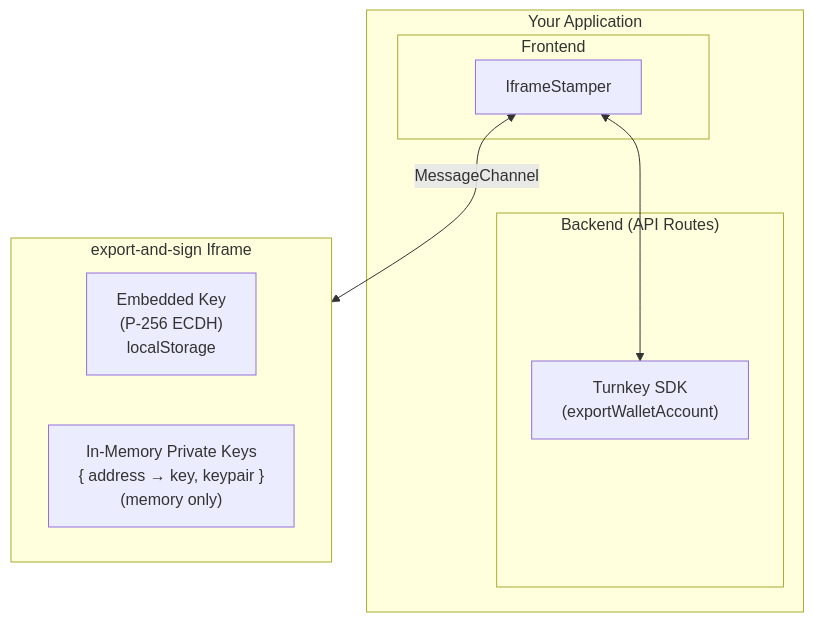
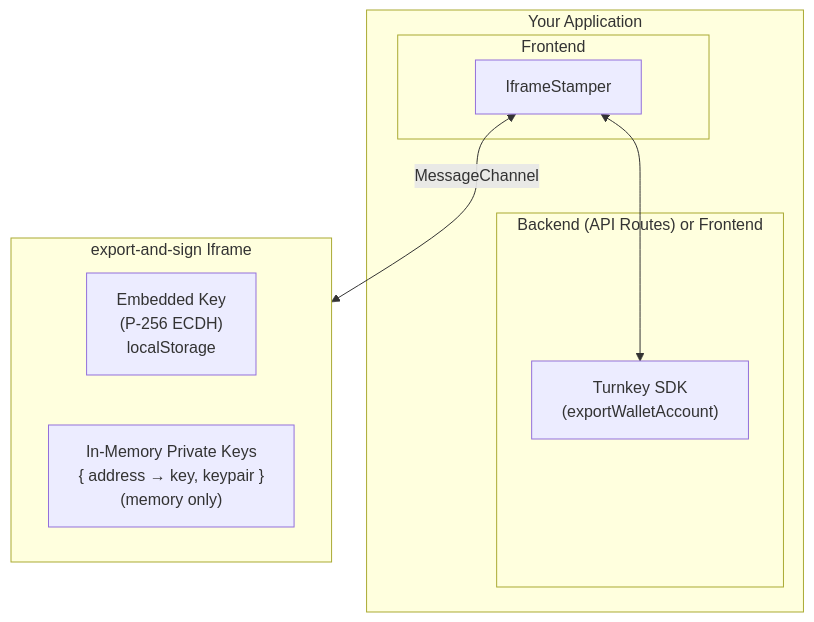
Before and after one commit to tkhq/docs: the diagram in embedded-wallets/code-examples/client-side-signing.mdx, drawn with Mermaid. The commit also changed other lines of this file, not shown here.

````diff
--- a/embedded-wallets/code-examples/client-side-signing.mdx
+++ b/embedded-wallets/code-examples/client-side-signing.mdx
@@ -18,19 +18,19 @@
 ```mermaid
 flowchart TB
     subgraph app["Your Application"]
         subgraph frontend["Frontend"]
             stamper["IframeStamper"]
         end
-        subgraph backend["Backend (API Routes)"]
+        subgraph exporter["Backend (API Routes) or Frontend"]
             sdk["Turnkey SDK<br/>(exportWalletAccount)"]
         end
         stamper <--> sdk
     end
 
     subgraph iframe["export-and-sign Iframe"]
         embedded["Embedded Key<br/>(P-256 ECDH)<br/>localStorage"]
         inmemory["In-Memory Private Keys<br/>{ address → key, keypair }<br/>(memory only)"]
     end
 
     stamper <-->|"MessageChannel"| iframe
 ```
````
